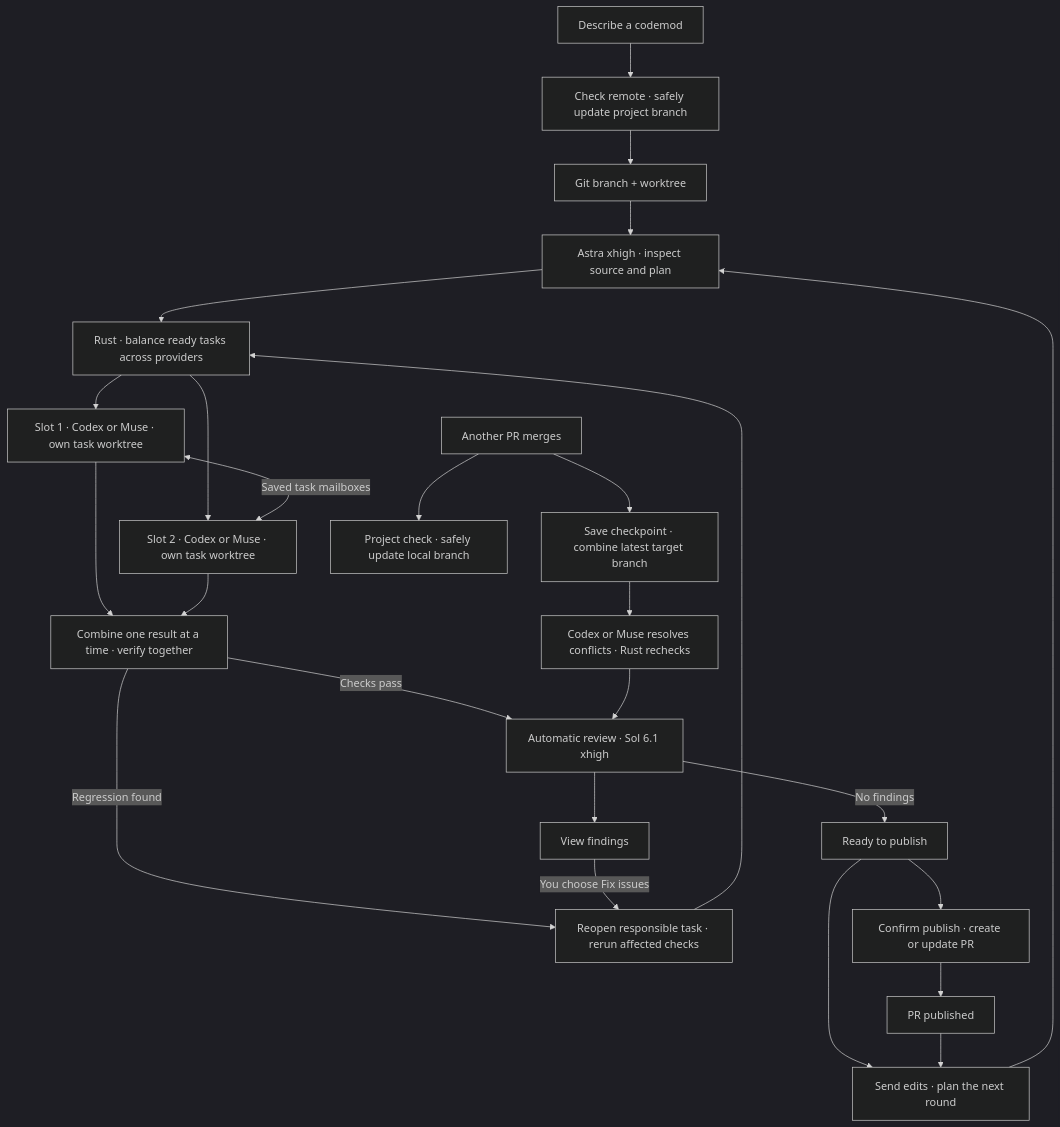
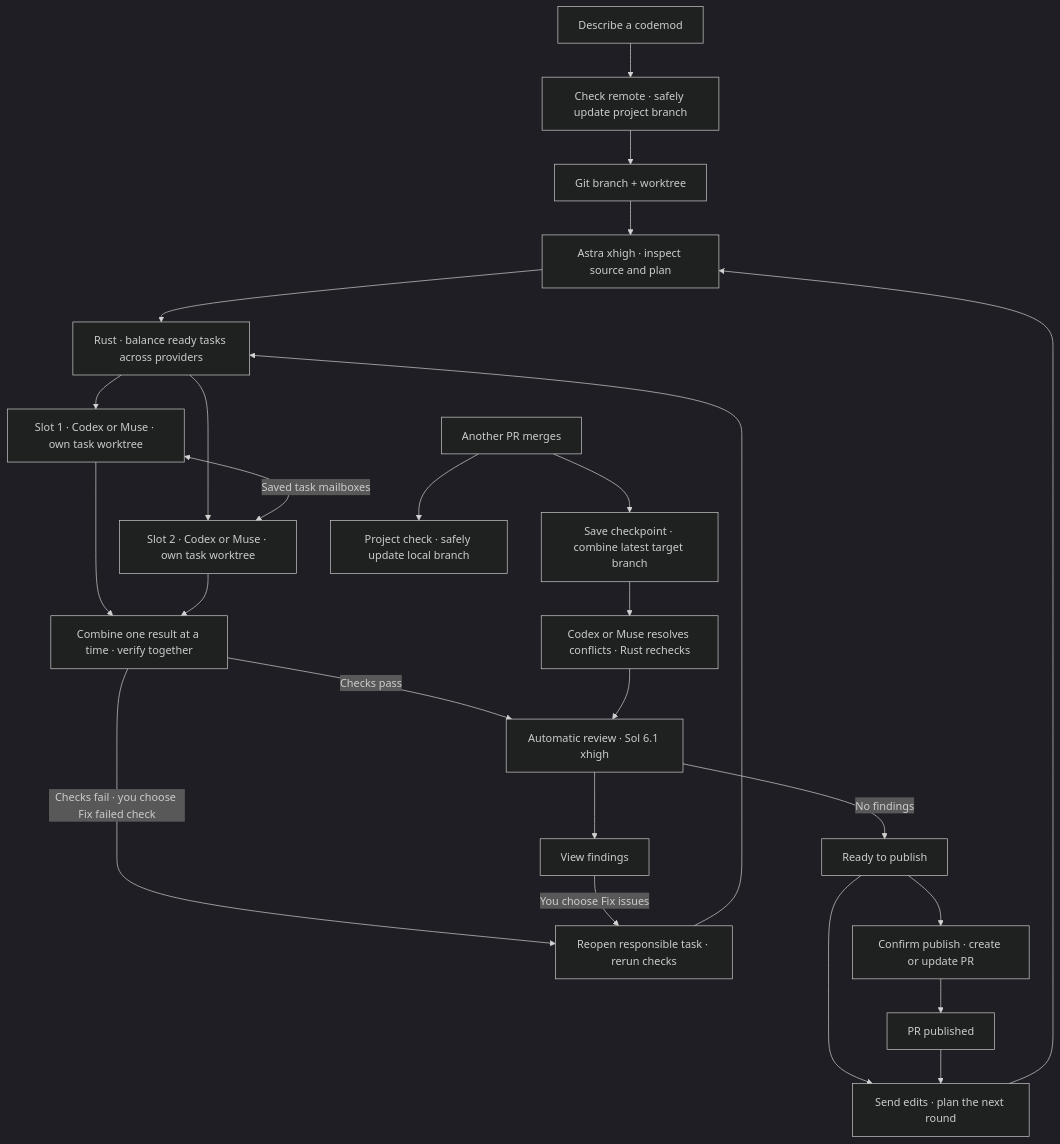
The diagram in README.md (minimumeffort-dev/sprowt.harness), drawn with Mermaid (dark theme) before and after one commit. The commit also changed other lines of this file and 19 other files, not shown here.

Commit message:
Return failed combined checks to their original worker

````diff
--- a/README.md
+++ b/README.md
@@ -37,27 +37,27 @@
 ```mermaid
 flowchart TB
     goal["Describe a codemod"] --> sync["Check remote · safely update project branch"]
     sync --> setup["Git branch + worktree"]
     setup --> planner["Astra xhigh · inspect source and plan"]
     planner --> schedule["Rust · balance ready tasks across providers"]
     schedule --> first["Slot 1 · Codex or Muse · own task worktree"]
     schedule --> second["Slot 2 · Codex or Muse · own task worktree"]
     first <-->|"Saved task mailboxes"| second
     first --> combine["Combine one result at a time · verify together"]
     second --> combine
     combine -->|"Checks pass"| reviewer["Automatic review · Sol 6.1 xhigh"]
-    combine -->|"Regression found"| repair["Reopen responsible task · rerun affected checks"]
+    combine -->|"Checks fail · you choose Fix failed check"| repair["Reopen responsible task · rerun checks"]
     repair --> schedule
     ready --> edits["Send edits · plan the next round"]
     edits --> planner
     reviewer --> findings["View findings"]
     findings -->|"You choose Fix issues"| repair
     reviewer -->|"No findings"| ready["Ready to publish"]
     ready --> publish["Confirm publish · create or update PR"]
     publish --> published["PR published"]
     published --> edits
     upstream["Another PR merges"] --> update["Save checkpoint · combine latest target branch"]
     upstream --> local["Project check · safely update local branch"]
     update --> verify["Codex or Muse resolves conflicts · Rust rechecks"]
     verify --> reviewer
 ```
````
